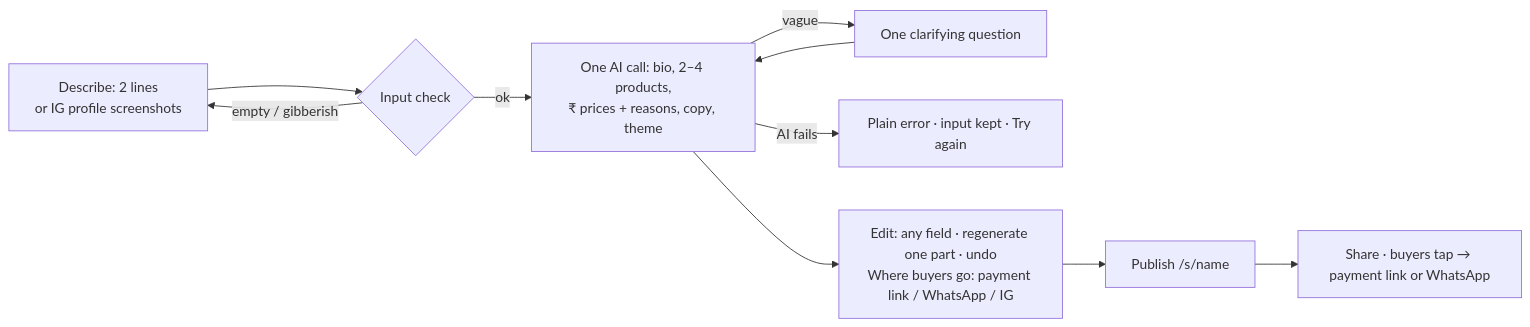
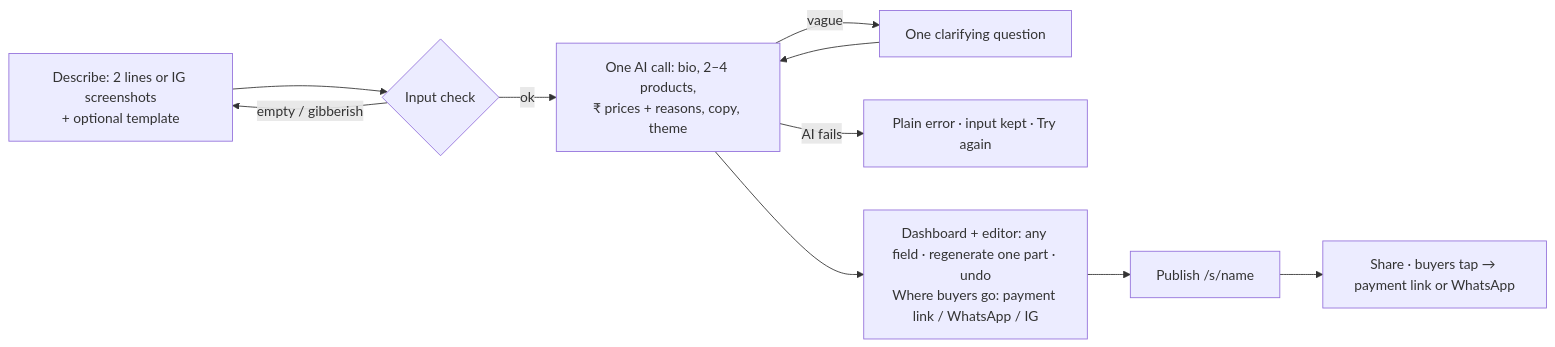
Before and after one commit to abhinav-git44/creatorlaunch-ai: the diagram in DECISION_DOC.md, drawn with Mermaid. The commit also changed other lines of this file and 1 other file, not shown here.

First line of the commit message:
Decision doc: match the latest app (templates, dashboard, product images, My stores, Log in placeholder; 56 API / 139 browser checks), still 3 pages

````diff
--- a/DECISION_DOC.md
+++ b/DECISION_DOC.md
@@ -13,10 +13,10 @@
 ```mermaid
 flowchart LR
-  A[Describe: 2 lines<br/>or IG profile screenshots] --> B{Input check}
+  A[Describe: 2 lines or IG screenshots<br/>+ optional template] --> B{Input check}
   B -- empty / gibberish --> A
   B -- ok --> C[One AI call: bio, 2–4 products,<br/>₹ prices + reasons, copy, theme]
   C -- vague --> Q[One clarifying question] --> C
   C -- AI fails --> R[Plain error · input kept · Try again]
-  C --> D[Edit: any field · regenerate one part · undo<br/>Where buyers go: payment link / WhatsApp / IG]
+  C --> D[Dashboard + editor: any field · regenerate one part · undo<br/>Where buyers go: payment link / WhatsApp / IG]
   D --> E[Publish /s/name] --> F[Share · buyers tap → payment link or WhatsApp]
 ```
````
